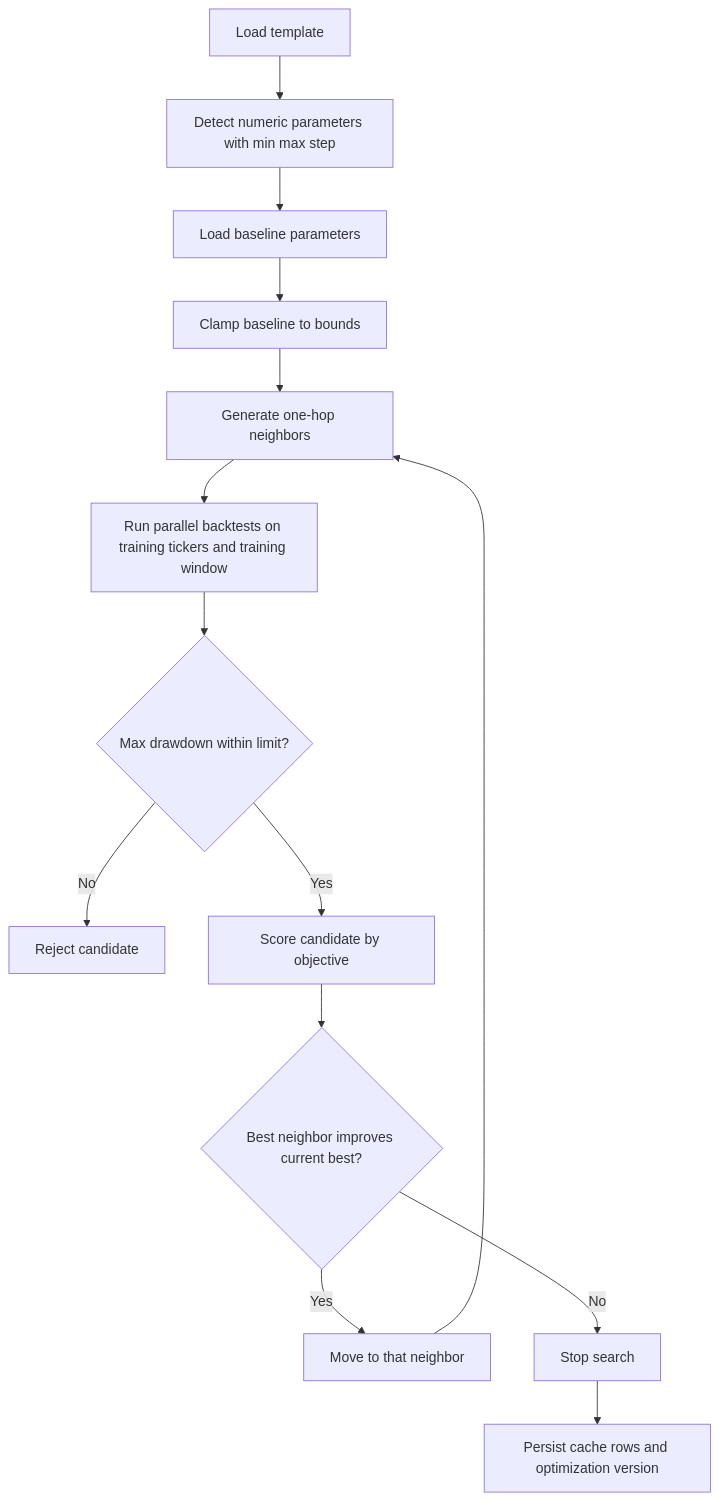
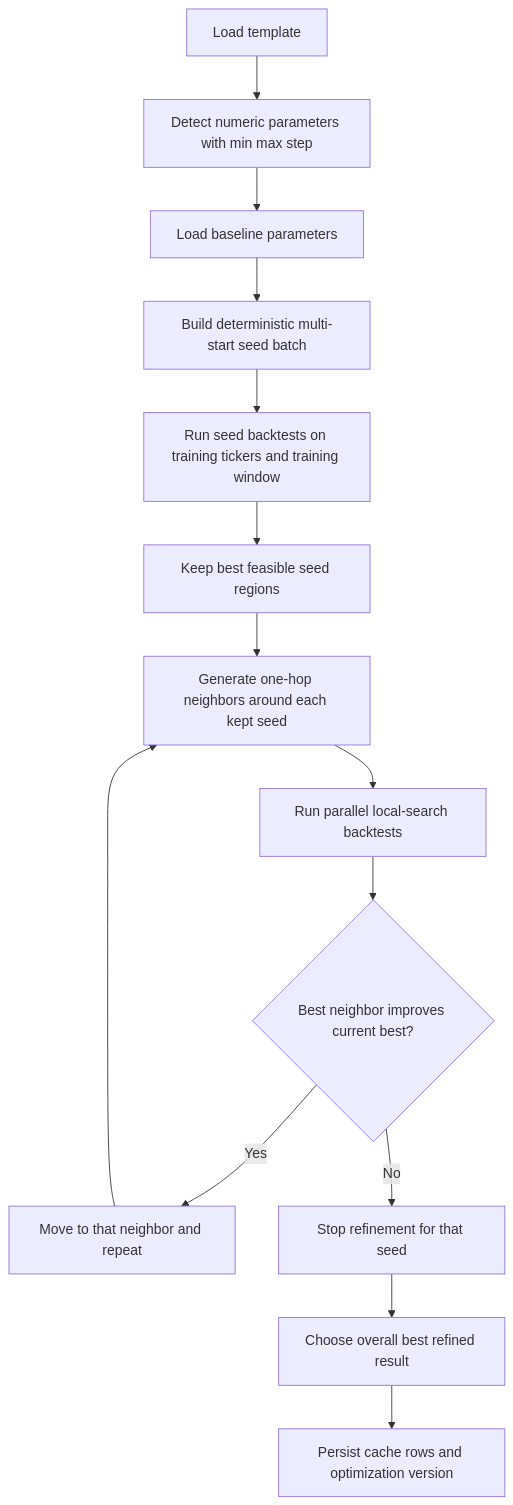
One commit to kachurovskiy/stratcraft changed the sixth of 12 diagrams in DATASET.md. Above: the diagram before and after it, drawn with Mermaid. The commit also changed other lines of this file and 4 other files, not shown here.

Commit message:
Optimizer multi-start exploration

````diff
--- a/DATASET.md
+++ b/DATASET.md
@@ -119,16 +120,16 @@
 ```mermaid
 flowchart TD
   A[Load template] --> B[Detect numeric parameters with min max step]
   B --> C[Load baseline parameters]
-  C --> D[Clamp baseline to bounds]
-  D --> E[Generate one-hop neighbors]
-  E --> F[Run parallel backtests on training tickers and training window]
-  F --> G{Max drawdown within limit?}
-  G -->|No| H[Reject candidate]
-  G -->|Yes| I[Score candidate by objective]
-  I --> J{Best neighbor improves current best?}
-  J -->|Yes| K[Move to that neighbor]
-  K --> E
-  J -->|No| L[Stop search]
+  C --> D[Build deterministic multi-start seed batch]
+  D --> E[Run seed backtests on training tickers and training window]
+  E --> F[Keep best feasible seed regions]
+  F --> G[Generate one-hop neighbors around each kept seed]
+  G --> H[Run parallel local-search backtests]
+  H --> I{Best neighbor improves current best?}
+  I -->|Yes| J[Move to that neighbor and repeat]
+  J --> G
+  I -->|No| K[Stop refinement for that seed]
+  K --> L[Choose overall best refined result]
   L --> M[Persist cache rows and optimization version]
 ```
````
